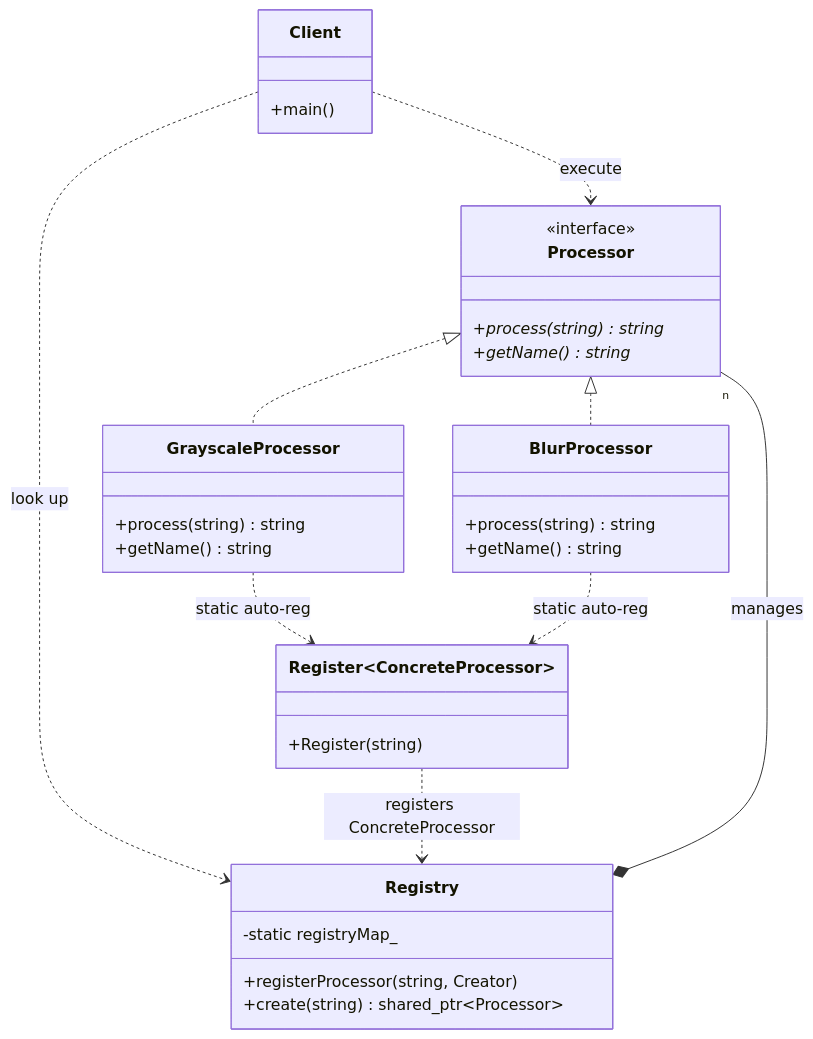
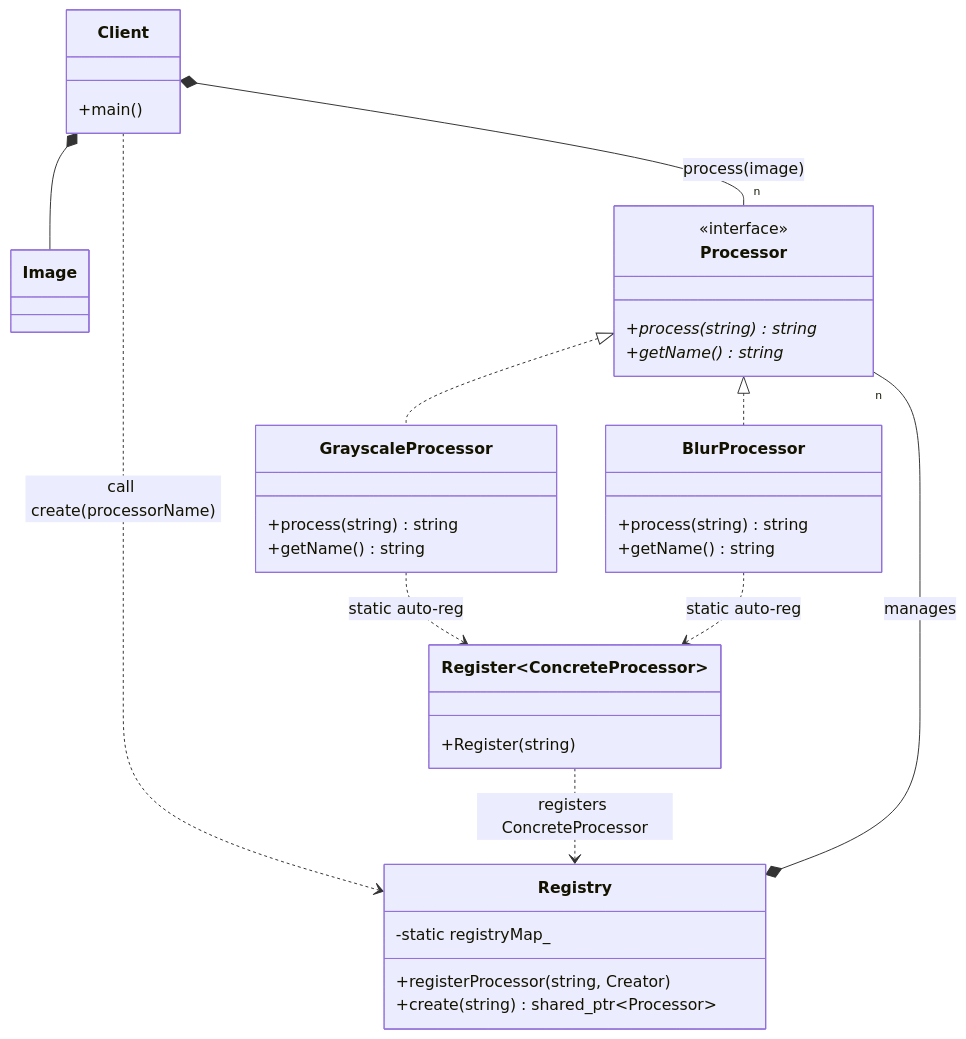
Before and after one commit to Cichlidfishexigency721/Modern-CPP-Design-Patterns: the diagram in 16_Register/README.md, drawn with Mermaid. The commit also changed 5 other files, not shown here.

Commit message:
UML improvement

````diff
--- a/16_Register/README.md
+++ b/16_Register/README.md
@@ -96,50 +96,53 @@
 ```mermaid
 classDiagram
+   class Image
+
    class Processor {
       <<interface>>
       +process(string) string*
       +getName() string*
    }
 
    class GrayscaleProcessor {
       +process(string) string
       +getName() string
    }
 
    class BlurProcessor {
       +process(string) string
       +getName() string
    }
 
    class Registry {
       -static registryMap_
       +registerProcessor(string, Creator)
       +create(string) shared_ptr~Processor~
    }
 
    class Register~ConcreteProcessor~ {
       +Register(string)
    }
 
    class Client {
       +main()
    }
 
-   %% Inheritance (Is_a) - No numbers
+   %% Inheritance (Implements)
    Processor <|.. GrayscaleProcessor
    Processor <|.. BlurProcessor
 
    %% The Registry manages the lifecycle of processors (Singleton/Flyweight)
    %% Composition (Has_a) - Multiplicity "n" at the end
    Registry *-- "n" Processor : manages
 
    %% Auto-registration mechanism
    %% Dependency (..>) - No numbers
    Register~ConcreteProcessor~ ..> Registry : registers ConcreteProcessor
    GrayscaleProcessor ..> Register~ConcreteProcessor~ : static auto-reg
    BlurProcessor ..> Register~ConcreteProcessor~ : static auto-reg
 
    %% Client interactions
-   Client ..> Registry : look up
-   Client ..> Processor : execute
+   Client *-- Image
+   Client ..> Registry : call create(processorName)
+   Client *-- "n" Processor : process(image)
 ```
````
